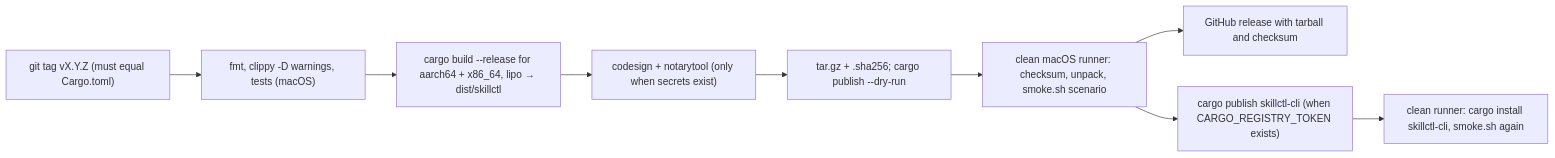
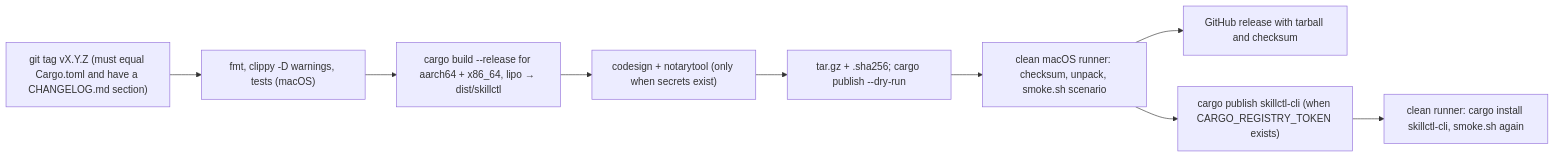
The fifth of 5 diagrams in wiki/Architecture.md (abindran/skillctl), drawn with Mermaid before and after one commit. The commit also changed 4 other files, not shown here.

````diff
--- a/wiki/Architecture.md
+++ b/wiki/Architecture.md
@@ -141,11 +141,11 @@
 ```mermaid
 flowchart LR
-    Tag["git tag vX.Y.Z (must equal Cargo.toml)"] --> Checks["fmt, clippy -D warnings, tests (macOS)"]
+    Tag["git tag vX.Y.Z (must equal Cargo.toml and have a CHANGELOG.md section)"] --> Checks["fmt, clippy -D warnings, tests (macOS)"]
     Checks --> Build["cargo build --release for aarch64 + x86_64, lipo → dist/skillctl"]
     Build --> Sign["codesign + notarytool (only when secrets exist)"]
     Sign --> Pack["tar.gz + .sha256; cargo publish --dry-run"]
     Pack --> Verify["clean macOS runner: checksum, unpack, smoke.sh scenario"]
     Verify --> Release["GitHub release with tarball and checksum"]
     Verify --> Crate["cargo publish skillctl-cli (when CARGO_REGISTRY_TOKEN exists)"]
     Crate --> Check["clean runner: cargo install skillctl-cli, smoke.sh again"]
 ```
````
